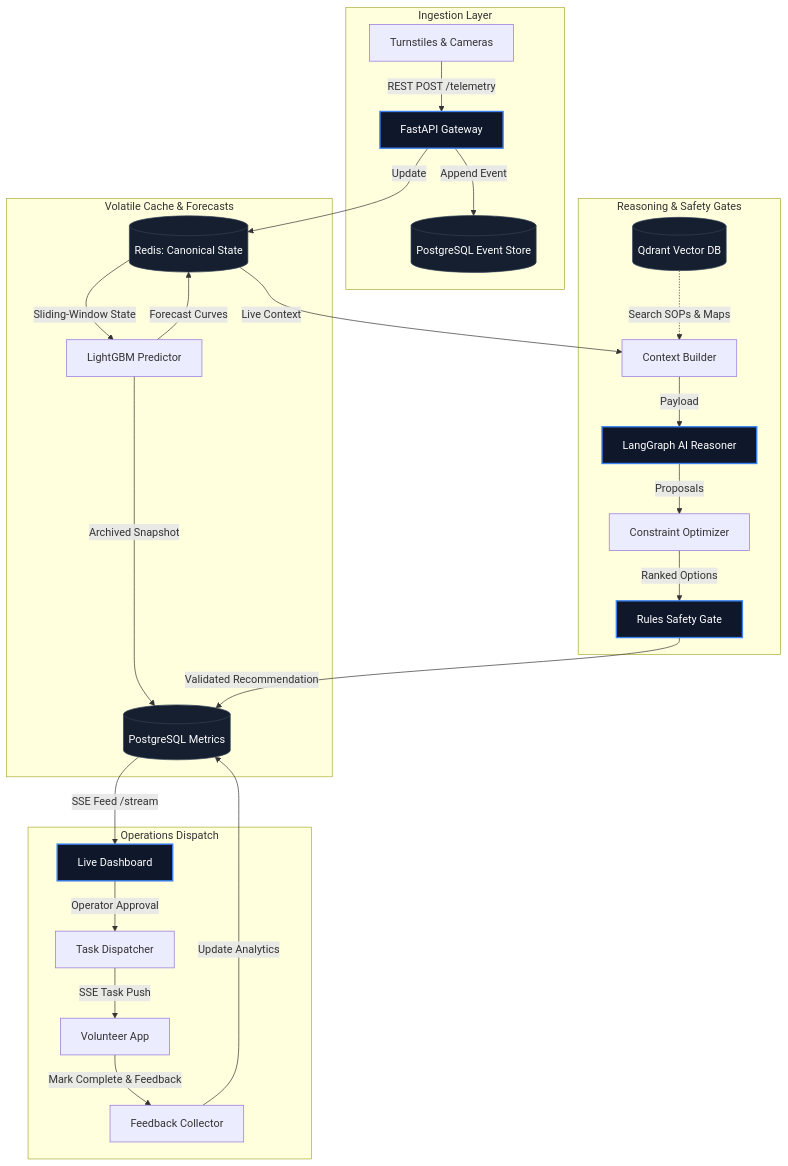
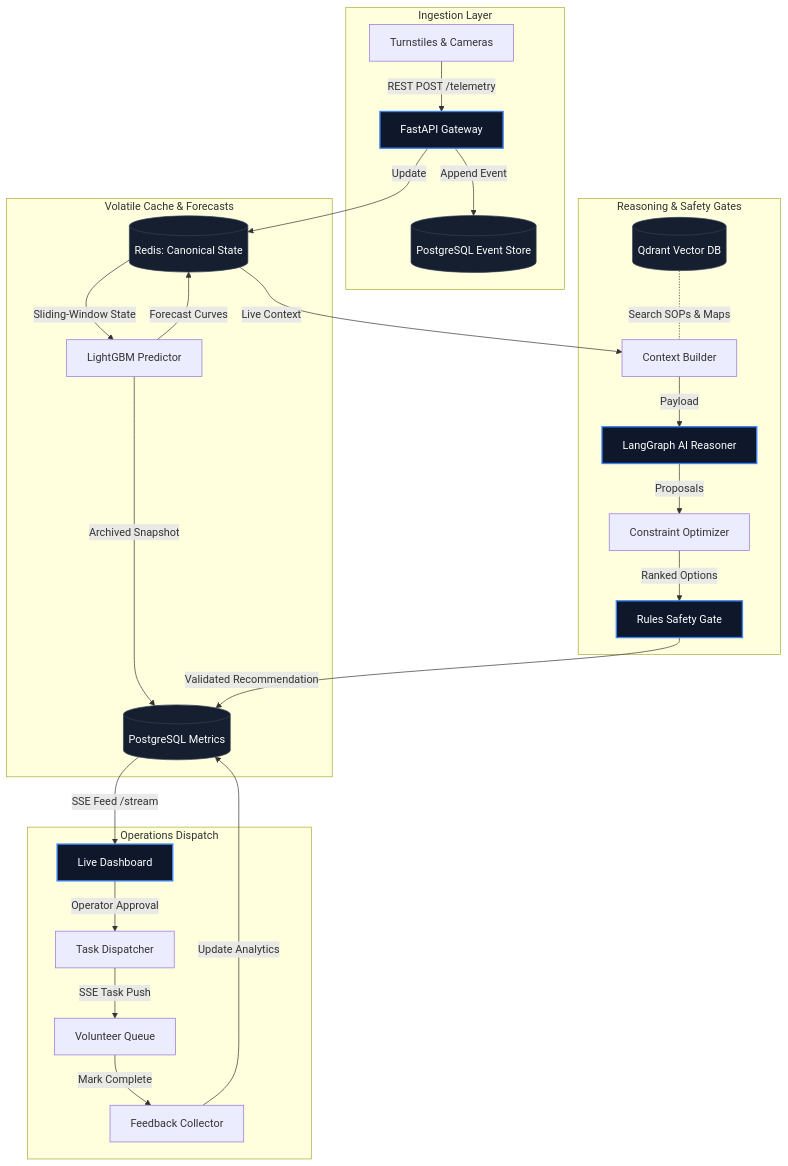
The diagram in README.md (ramakrishnanyadav/FIFA-NEXUS-AI), drawn with Mermaid before and after one commit. The commit also changed other lines of this file, not shown here.

````diff
--- a/README.md
+++ b/README.md
@@ -22,40 +48,36 @@
 ```mermaid
 graph TD
-    %% Telemetry Ingestion
     subgraph Ingestion [Ingestion Layer]
         Sensors[Turnstiles & Cameras] -->|REST POST /telemetry| IngestAPI[FastAPI Gateway]
         IngestAPI -->|Append Event| EventStore[(PostgreSQL Event Store)]
     end
 
-    %% State & Predictions
     subgraph Cache [Volatile Cache & Forecasts]
         IngestAPI -->|Update| RedisCache[(Redis: Canonical State)]
         RedisCache -->|Sliding-Window State| MLPredict[LightGBM Predictor]
         MLPredict -->|Forecast Curves| RedisCache
         MLPredict -->|Archived Snapshot| PostgresDB[(PostgreSQL Metrics)]
     end
 
-    %% Context & AI reasoning
     subgraph CoreAI [Reasoning & Safety Gates]
         RedisCache -->|Live Context| ContextBuilder[Context Builder]
-        QdrantDB[(Qdrant Vector DB)] -.->|Search SOPs & Maps| ContextBuilder
+        QdrantDB[(Qdrant Vector DB)] -.- |Search SOPs & Maps| ContextBuilder
         ContextBuilder -->|Payload| LangGraphAI[LangGraph AI Reasoner]
         LangGraphAI -->|Proposals| ConstraintScorer[Constraint Optimizer]
         ConstraintScorer -->|Ranked Options| PolicyGate[Rules Safety Gate]
         PolicyGate -->|Validated Recommendation| PostgresDB
     end
 
-    %% Dispatch & Loop
     subgraph GroundOps [Operations Dispatch]
         PostgresDB -->|SSE Feed /stream| Dashboard[Live Dashboard]
         Dashboard -->|Operator Approval| DispatchEngine[Task Dispatcher]
-        DispatchEngine -->|SSE Task Push| VolunteerApp[Volunteer App]
-        VolunteerApp -->|Mark Complete & Feedback| FeedbackLoop[Feedback Collector]
+        DispatchEngine -->|SSE Task Push| VolunteerApp[Volunteer Queue]
+        VolunteerApp -->|Mark Complete| FeedbackLoop[Feedback Collector]
         FeedbackLoop -->|Update Analytics| PostgresDB
     end
 
     classDef db fill:#161F30,stroke:#334155,stroke-width:1px,color:#fff;
     classDef api fill:#0f172a,stroke:#3b82f6,stroke-width:2px,color:#fff;
     class EventStore,RedisCache,PostgresDB,QdrantDB db;
     class IngestAPI,LangGraphAI,PolicyGate,Dashboard api;
 ```
````
